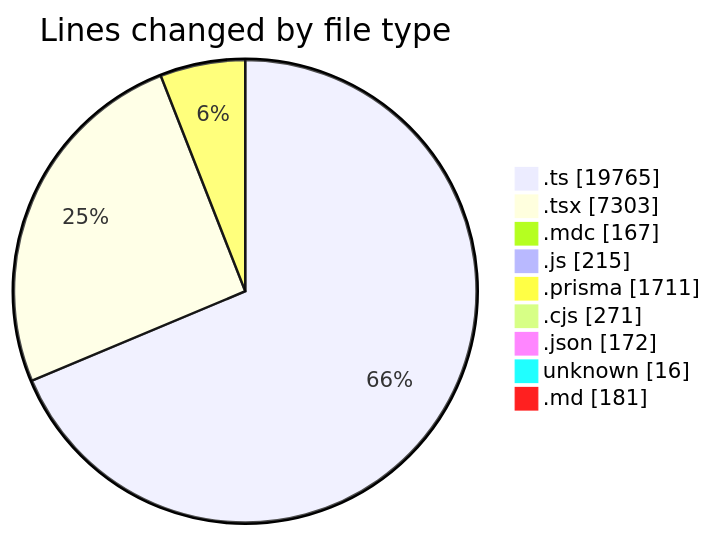
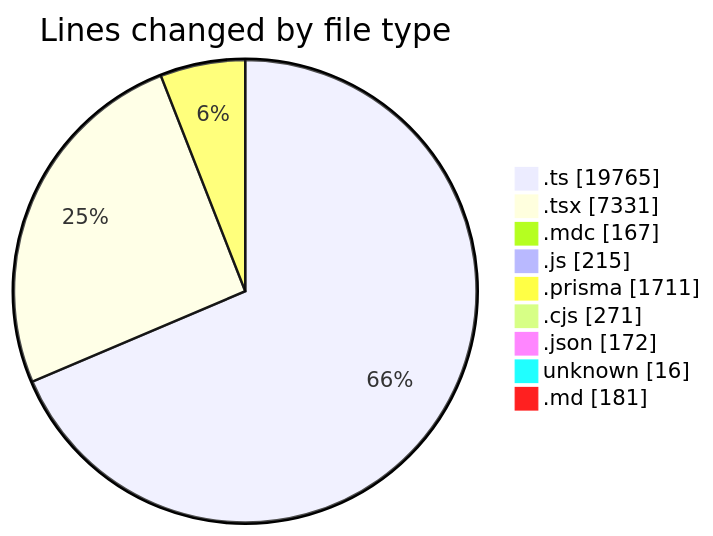
One commit to CELIANVF/code-tracking changed the first of 2 diagrams in 2025-06-06/ecodeli-1/README.md. Above: the diagram before and after it, drawn with Mermaid. The commit also changed other lines of this file and 1 other file, not shown here.

````diff
--- a/2025-06-06/ecodeli-1/README.md
+++ b/2025-06-06/ecodeli-1/README.md
@@ -103,13 +103,13 @@
 ```mermaid
 pie showData
 title Lines changed by file type
 ".ts" : 19765
-".tsx" : 7303
+".tsx" : 7331
 ".mdc" : 167
 ".js" : 215
 ".prisma" : 1711
 ".cjs" : 271
 ".json" : 172
 "unknown" : 16
 ".md" : 181
 ```
````
